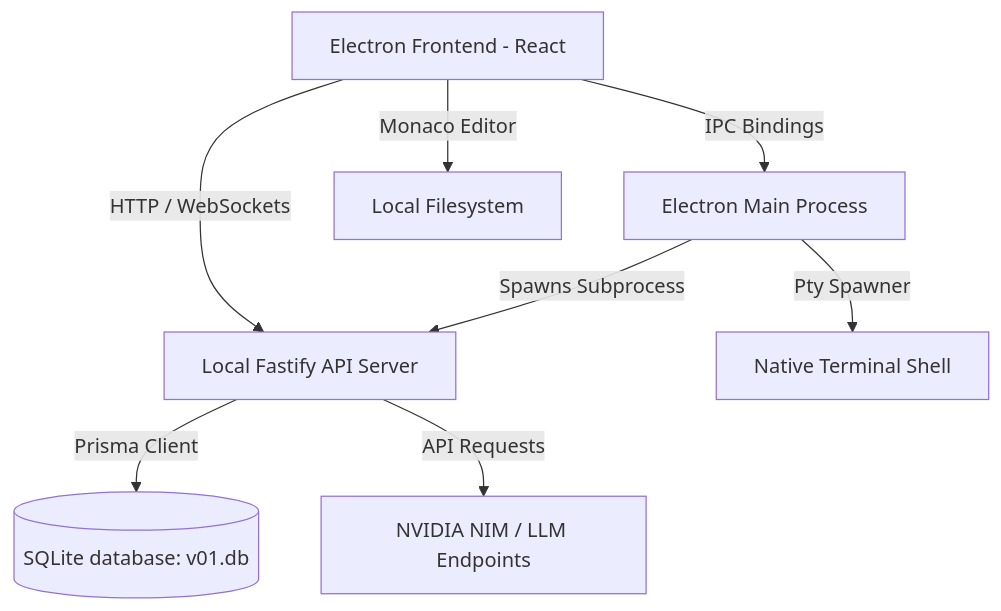
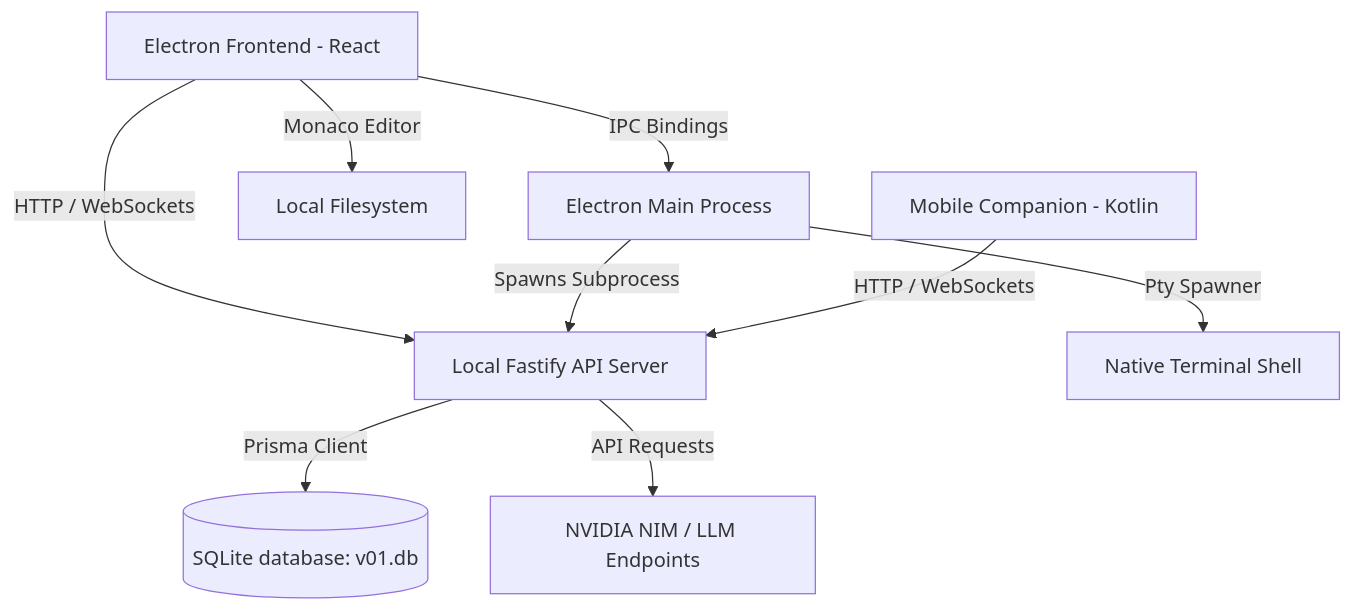
The second of 2 diagrams in README.md (aayush31bhatt-dev/V01), drawn with Mermaid before and after one commit. The commit also changed other lines of this file, not shown here.

````diff
--- a/README.md
+++ b/README.md
@@ -117,10 +254,11 @@
 ```mermaid
 graph TD
     A[Electron Frontend - React] -->|IPC Bindings| B[Electron Main Process]
     A -->|HTTP / WebSockets| C[Local Fastify API Server]
     B -->|Spawns Subprocess| C
     C -->|Prisma Client| D[(SQLite database: v01.db)]
     C -->|API Requests| E[NVIDIA NIM / LLM Endpoints]
     A -->|Monaco Editor| F[Local Filesystem]
     B -->|Pty Spawner| G[Native Terminal Shell]
+    H[Mobile Companion - Kotlin] -->|HTTP / WebSockets| C
 ```
````
